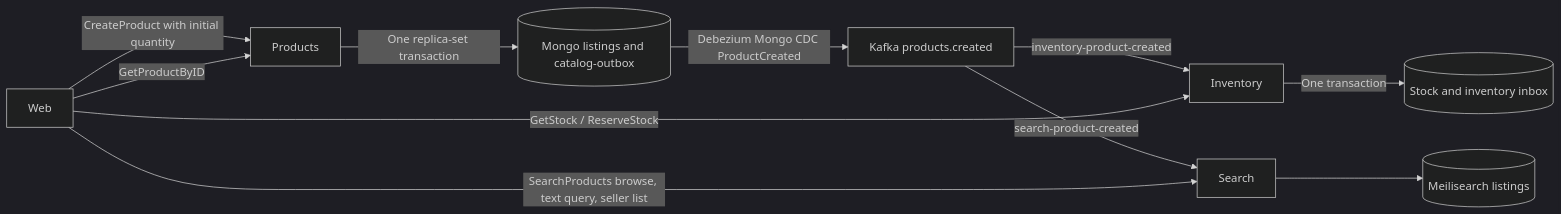
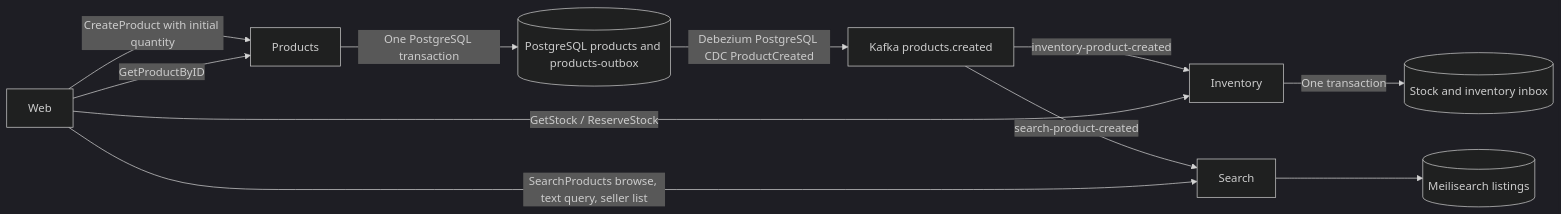
The first of 3 diagrams in docs/catalog-inventory-search.md (phuchoang2603/refurbished-marketplace), drawn with Mermaid (dark theme) before and after one commit. The commit also changed other lines of this file and 44 other files, not shown here.

Commit message:
refactor(products): use CNPG PostgreSQL and remove MongoDB CDC (#74)

````diff
--- a/docs/catalog-inventory-search.md
+++ b/docs/catalog-inventory-search.md
@@ -21,21 +21,21 @@
 ```mermaid
 flowchart LR
   W["Web"]
   P["Products"]
-  C[("Mongo listings and catalog-outbox")]
+  C[("PostgreSQL products and products-outbox")]
   K["Kafka products.created"]
   I["Inventory"]
   L[("Stock and inventory inbox")]
   S["Search"]
   M[("Meilisearch listings")]
   W -->|"CreateProduct with initial quantity"| P
-  P -->|"One replica-set transaction"| C
-  C -->|"Debezium Mongo CDC ProductCreated"| K
+  P -->|"One PostgreSQL transaction"| C
+  C -->|"Debezium PostgreSQL CDC ProductCreated"| K
   K -->|"inventory-product-created"| I
   I -->|"One transaction"| L
   K -->|"search-product-created"| S
   S --> M
   W -->|"SearchProducts browse, text query, seller list"| S
   W -->|"GetProductByID"| P
   W -->|"GetStock / ReserveStock"| I
 ```
````
